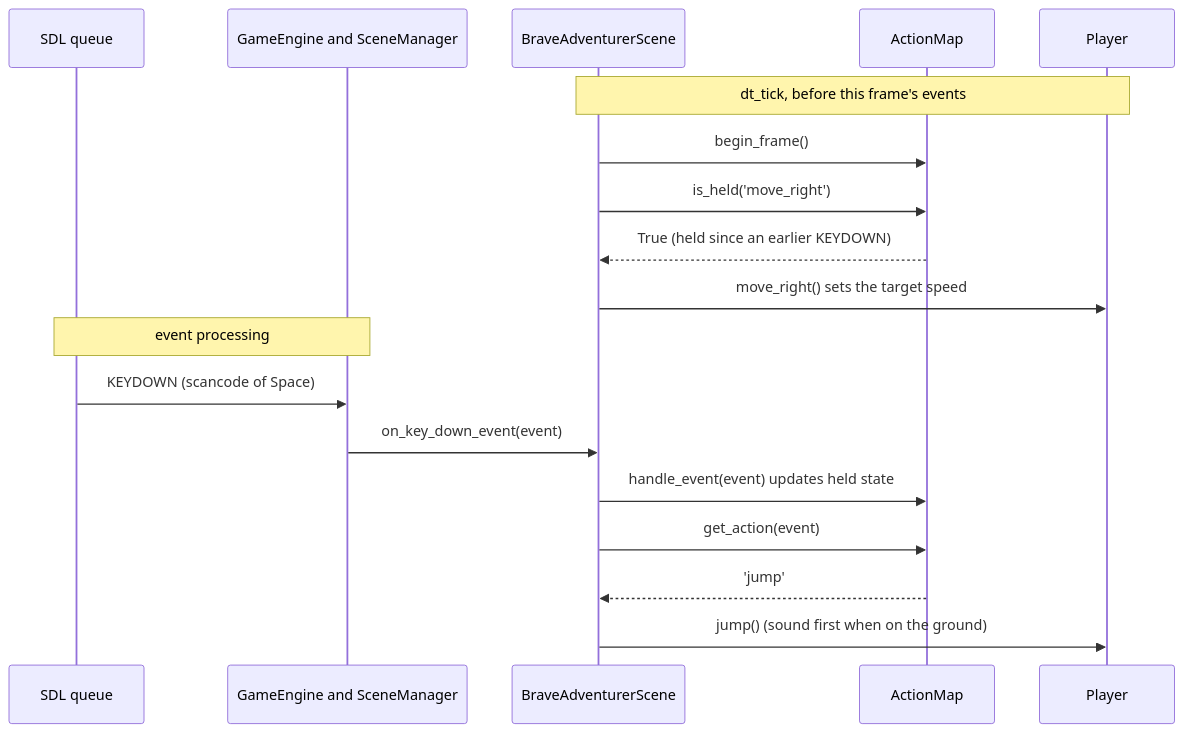
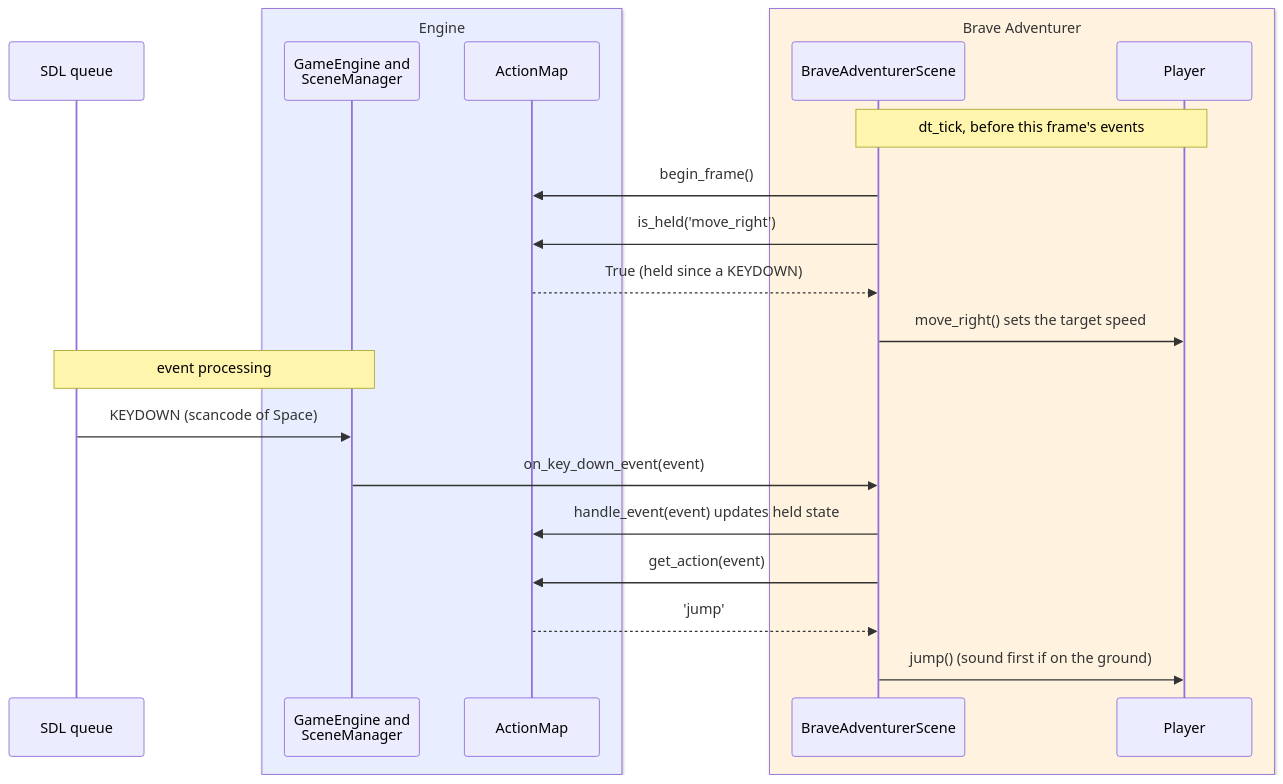
Before and after one commit to terrysimons/glitchygames: the fifth of 7 diagrams in docs/games/brave_adventurer.md, drawn with Mermaid. The commit also changed other lines of this file and 5 other files, not shown here.

First line of the commit message:
Docs: every diagram that mixes engine and game code shows the split

````diff
--- a/docs/games/brave_adventurer.md
+++ b/docs/games/brave_adventurer.md
@@ -332,21 +368,25 @@
 ```mermaid
 sequenceDiagram
     participant SDL as SDL queue
-    participant Engine as GameEngine and SceneManager
-    participant Scene as BraveAdventurerScene
-    participant Actions as ActionMap
-    participant Player
+    box rgb(232,238,255) Engine
+        participant Engine as GameEngine and<br/>SceneManager
+        participant Actions as ActionMap
+    end
+    box rgb(255,243,224) Brave Adventurer
+        participant Scene as BraveAdventurerScene
+        participant Player
+    end
 
     Note over Scene,Player: dt_tick, before this frame's events
     Scene->>Actions: begin_frame()
     Scene->>Actions: is_held('move_right')
-    Actions-->>Scene: True (held since an earlier KEYDOWN)
+    Actions-->>Scene: True (held since a KEYDOWN)
     Scene->>Player: move_right() sets the target speed
     Note over SDL,Engine: event processing
     SDL->>Engine: KEYDOWN (scancode of Space)
     Engine->>Scene: on_key_down_event(event)
     Scene->>Actions: handle_event(event) updates held state
     Scene->>Actions: get_action(event)
     Actions-->>Scene: 'jump'
-    Scene->>Player: jump() (sound first when on the ground)
+    Scene->>Player: jump() (sound first if on the ground)
 ```
````
